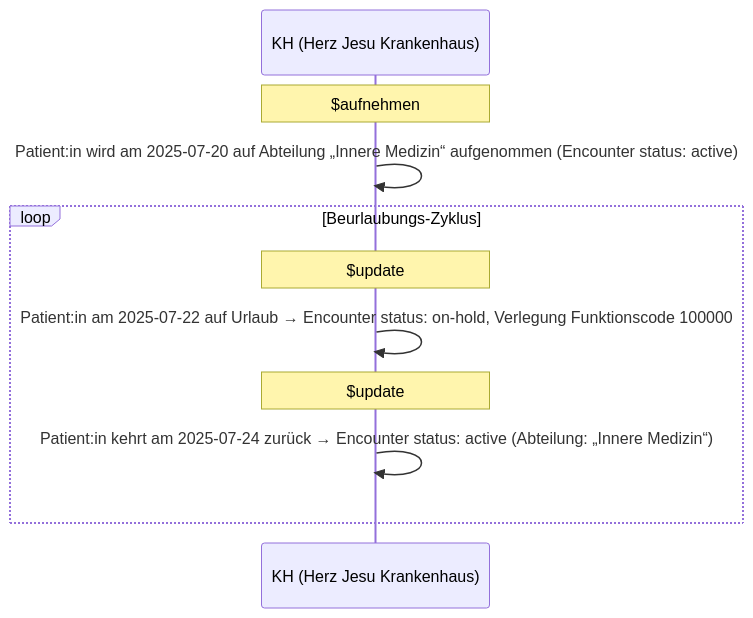
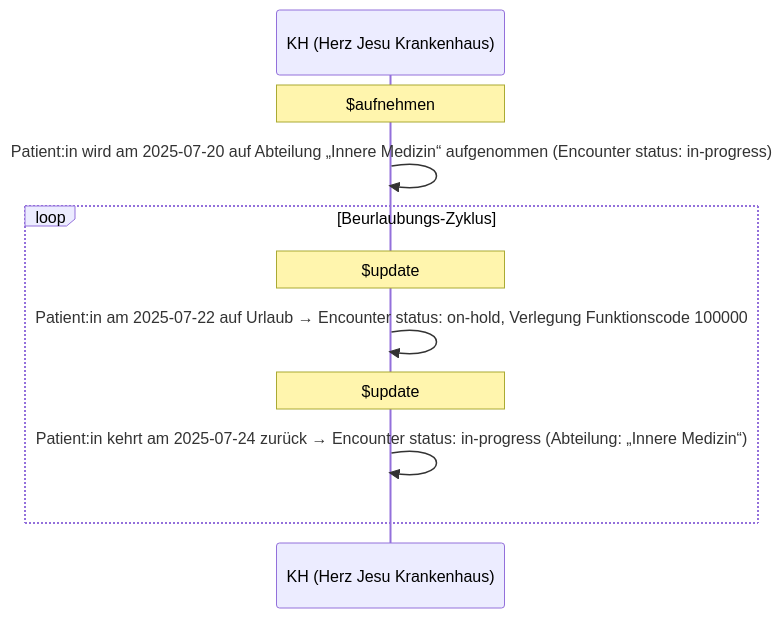
The seventh of 8 diagrams in input/pagecontent/workflowmanagement.md (HL7Austria/ELGA-MOPED-R5), drawn with Mermaid before and after one commit. The commit also changed other lines of this file, not shown here.

```diff
--- a/input/pagecontent/workflowmanagement.md
+++ b/input/pagecontent/workflowmanagement.md
@@ -178,15 +178,15 @@
 <pre class="mermaid">
 sequenceDiagram
     participant KH as KH (Herz Jesu Krankenhaus)
 
     Note over KH: $aufnehmen
-    KH->>KH: Patient:in wird am 2025-07-20 auf Abteilung „Innere Medizin“ aufgenommen (Encounter status: active)
+    KH->>KH: Patient:in wird am 2025-07-20 auf Abteilung „Innere Medizin“ aufgenommen (Encounter status: in-progress)
 
     loop Beurlaubungs-Zyklus
         Note over KH: $update
         KH->>KH: Patient:in am 2025-07-22 auf Urlaub → Encounter status: on-hold, Verlegung Funktionscode 100000
 
         Note over KH: $update
-        KH->>KH: Patient:in kehrt am 2025-07-24 zurück → Encounter status: active (Abteilung: „Innere Medizin“)
+        KH->>KH: Patient:in kehrt am 2025-07-24 zurück → Encounter status: in-progress (Abteilung: „Innere Medizin“)
     end
     </pre>
```
